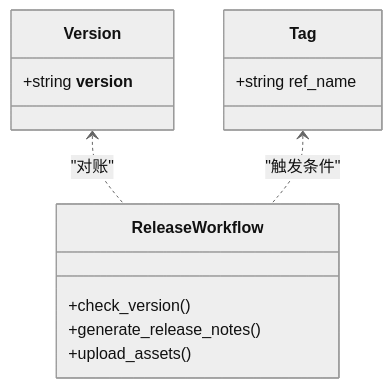
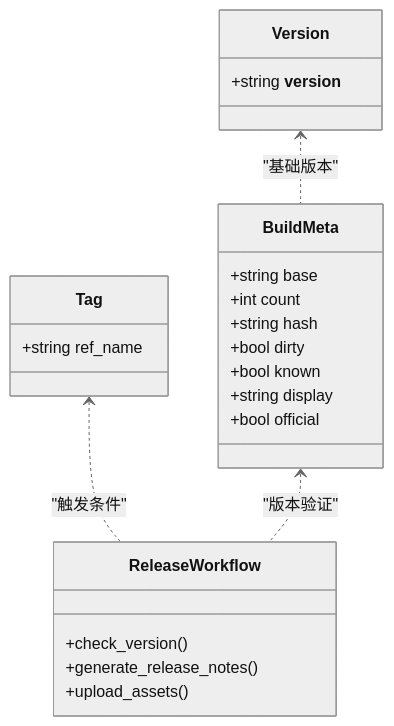
The seventh of 10 diagrams in .qoder/repowiki/zh/content/部署与发布.md (EMeowAGENT/vrchat-livetranslate), drawn with Mermaid (neutral theme) before and after one commit. The commit also changed other lines of this file and 75 other files, not shown here.

````diff
--- a/.qoder/repowiki/zh/content/部署与发布.md
+++ b/.qoder/repowiki/zh/content/部署与发布.md
@@ -216,16 +267,26 @@
 ```mermaid
 classDiagram
 class Version {
 +string __version__
+}
+class BuildMeta {
++string base
++int count
++string hash
++bool dirty
++bool known
++string display
++bool official
 }
 class Tag {
 +string ref_name
 }
 class ReleaseWorkflow {
 +check_version()
 +generate_release_notes()
 +upload_assets()
 }
-Version <.. ReleaseWorkflow : "对账"
+Version <.. BuildMeta : "基础版本"
 Tag <.. ReleaseWorkflow : "触发条件"
+BuildMeta <.. ReleaseWorkflow : "版本验证"
 ```
````
